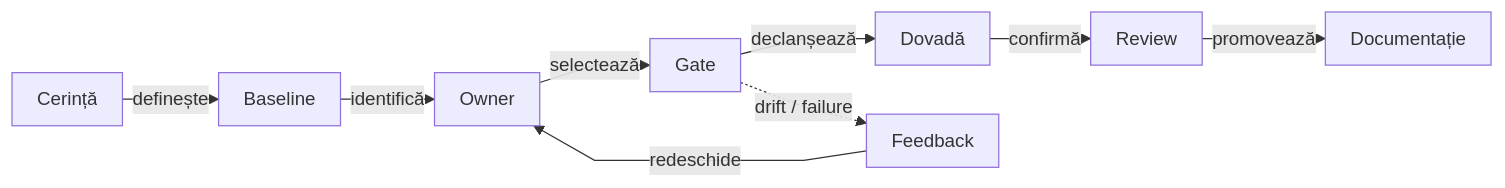
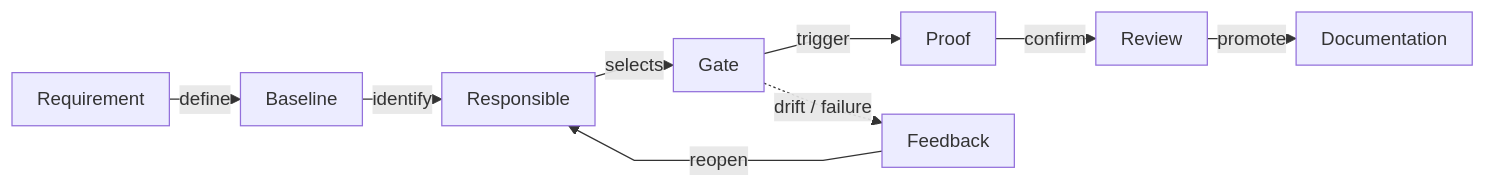
The seventh of 7 diagrams in README.md (crististefanita/atf_j0), drawn with Mermaid before and after one commit. The commit also changed other lines of this file and 113 other files, not shown here.

````diff
--- a/README.md
+++ b/README.md
@@ -339,21 +336,21 @@
 ```mermaid
 %%{init: {"themeVariables":{"fontSize":"15px"},"themeCSS":".nodeLabel, .nodeLabel p { font-size: 15px !important; line-height: 1.35 !important; } .edgeLabel, .edgeLabel p { font-size: 12px !important; font-weight: 400 !important; line-height: 1.2 !important; } .edgeLabel .labelBkg, .edgeLabel p { background: transparent !important; } .edgeLabel foreignObject { transform: translateY(-28px); overflow: visible; } .node rect { rx: 6px; ry: 6px; }","flowchart":{"curve":"linear","nodeSpacing":24,"rankSpacing":16,"padding":10,"diagramPadding":24}}}%%
 flowchart LR
-    Request["Cerință"]
+    Request["Requirement"]
     Baseline["Baseline"]
-    Owner["Owner"]
+    Owner["Responsible"]
     Gate["Gate"]
-    Evidence["Dovadă"]
+    Evidence["Proof"]
     Review["Review"]
-    Sync["Documentație"]
+    Sync["Documentation"]
     Feedback["Feedback"]
 
-    Request -->|definește| Baseline
-    Baseline -->|identifică| Owner
-    Owner -->|selectează| Gate
-    Gate -->|declanșează| Evidence
-    Evidence -->|confirmă| Review
-    Review -->|promovează| Sync
+    Request -->|define| Baseline
+    Baseline -->|identify| Owner
+    Owner -->|selects| Gate
+    Gate -->|trigger| Evidence
+    Evidence -->|confirm| Review
+    Review -->|promote| Sync
     Gate -. drift / failure .-> Feedback
-    Feedback -->|redeschide| Owner
+    Feedback -->|reopen| Owner
 ```
````
